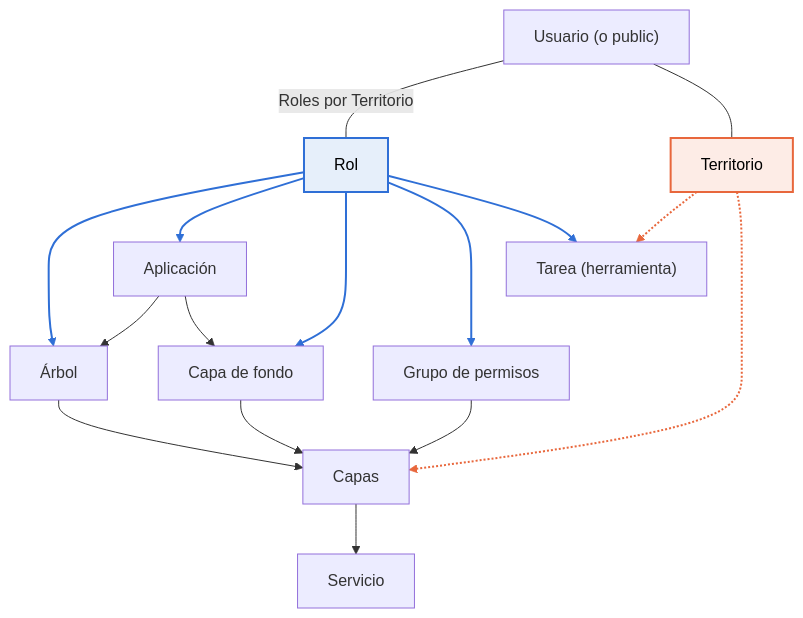
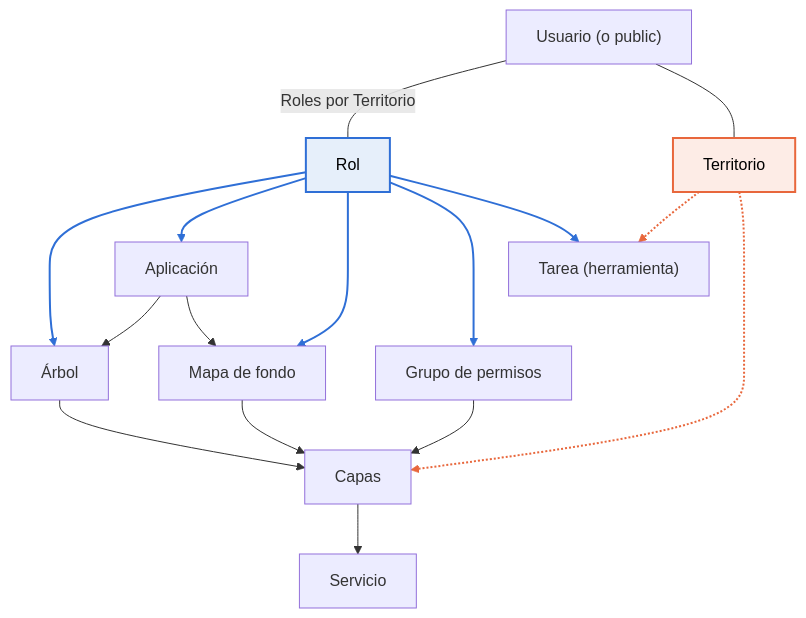
The diagram in docs/usuario/guias/primer-proyecto/index.md (sitmun/sitmun.github.io), drawn with Mermaid before and after one commit. The commit also changed other lines of this file and 23 other files, not shown here.

````diff
--- a/docs/usuario/guias/primer-proyecto/index.md
+++ b/docs/usuario/guias/primer-proyecto/index.md
@@ -37,32 +37,32 @@
 ```mermaid
 flowchart TB
   U["Usuario (o public)"]
   R["Rol"]
   T["Territorio"]
   ARB["Árbol"]
   APP["Aplicación"]
-  FON["Capa de fondo"]
+  FON["Mapa de fondo"]
   GRP["Grupo de permisos"]
   TAR["Tarea (herramienta)"]
   CAP["Capas"]
   SER["Servicio"]
 
   U -- "Roles por Territorio" --- R
   U --- T
   R ==> ARB & APP & FON & GRP & TAR
   APP --> ARB
   APP --> FON
   FON --> CAP
   GRP --> CAP
   ARB --> CAP
   CAP --> SER
   T -.-> TAR
   T -.-> CAP
 
   classDef rol fill:#e6effa,stroke:#2f6fd6,stroke-width:2px,color:#000
   classDef terr fill:#fdece6,stroke:#e8673c,stroke-width:2px,color:#000
   class R rol
   class T terr
   linkStyle 2,3,4,5,6 stroke:#2f6fd6,stroke-width:2px
   linkStyle 13,14 stroke:#e8673c,stroke-width:2px
 ```
````
